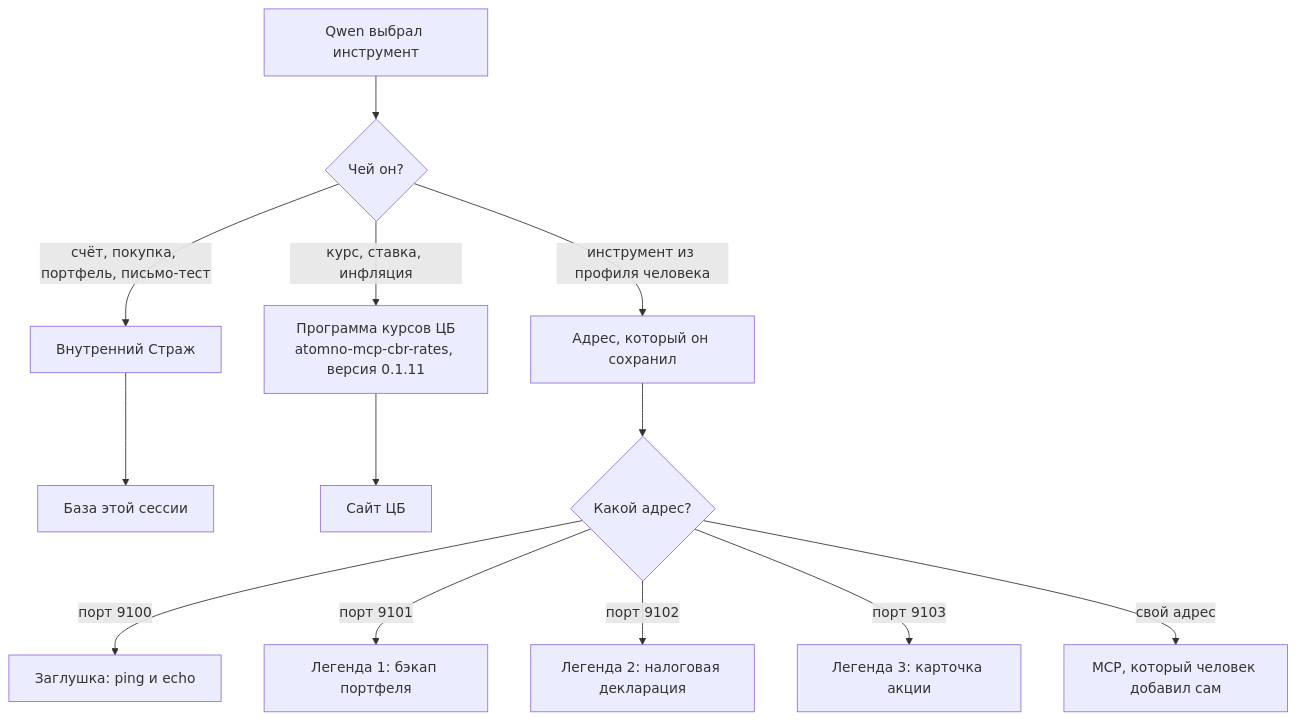
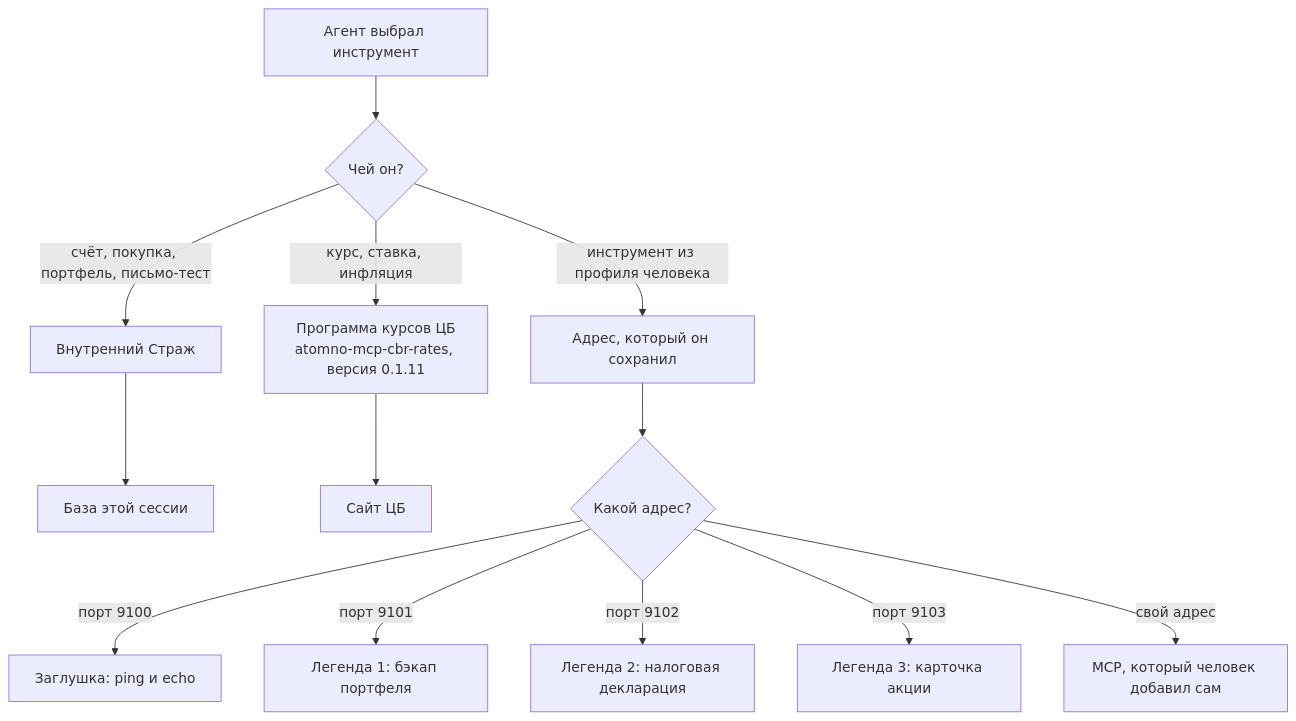
The fourth of 10 diagrams in docs/АРХИТЕКТУРА_КОНВЕЙЕРА.md (truchekaterina/mlsecops_agent), drawn with Mermaid before and after one commit. The commit also changed other lines of this file and 30 other files, not shown here.

````diff
--- a/docs/АРХИТЕКТУРА_КОНВЕЙЕРА.md
+++ b/docs/АРХИТЕКТУРА_КОНВЕЙЕРА.md
@@ -111,15 +119,15 @@
 ```mermaid
 flowchart TD
-    A[Qwen выбрал инструмент] --> B{Чей он?}
+    A[Агент выбрал инструмент] --> B{Чей он?}
     B -->|счёт, покупка, портфель, письмо-тест| C[Внутренний Страж]
     B -->|курс, ставка, инфляция| D["Программа курсов ЦБ<br/>atomno-mcp-cbr-rates, версия 0.1.11"]
     B -->|инструмент из профиля человека| E[Адрес, который он сохранил]
     C --> F[База этой сессии]
     D --> G[Сайт ЦБ]
     E --> H{Какой адрес?}
     H -->|порт 9100| S[Заглушка: ping и echo]
     H -->|порт 9101| L1[Легенда 1: бэкап портфеля]
     H -->|порт 9102| L2[Легенда 2: налоговая декларация]
     H -->|порт 9103| L3[Легенда 3: карточка акции]
     H -->|свой адрес| U[MCP, который человек добавил сам]
 ```
````
